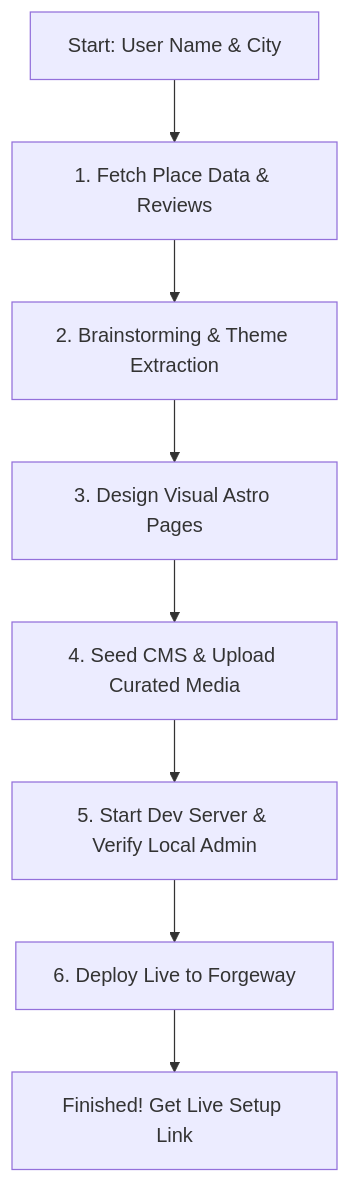
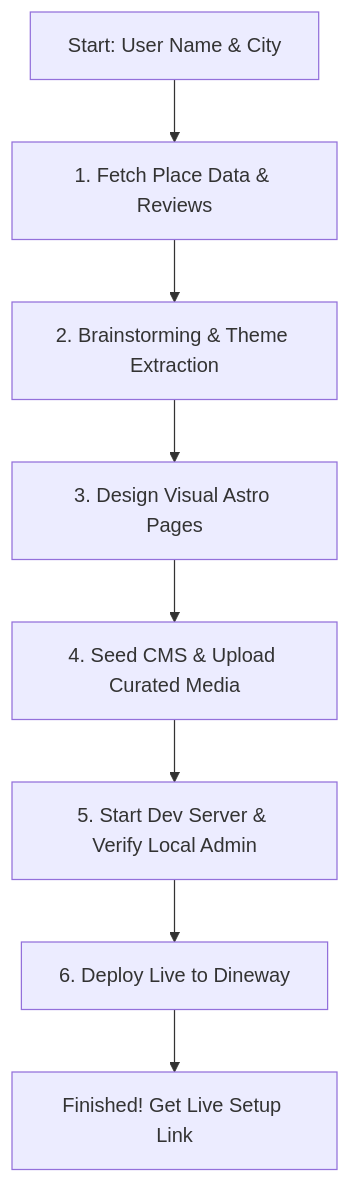
Before and after one commit to dineway/dineway-skills: the diagram in README.md, drawn with Mermaid. The commit also changed other lines of this file, not shown here.

Commit message:
docs: rename Forgeway to Dineway in deployment documentation and commands

````diff
--- a/README.md
+++ b/README.md
@@ -50,10 +50,10 @@
 ```mermaid
 graph TD
     A[Start: User Name & City] --> B[1. Fetch Place Data & Reviews]
     B --> C[2. Brainstorming & Theme Extraction]
     C --> D[3. Design Visual Astro Pages]
     D --> E[4. Seed CMS & Upload Curated Media]
     E --> F[5. Start Dev Server & Verify Local Admin]
-    F --> G[6. Deploy Live to Forgeway]
+    F --> G[6. Deploy Live to Dineway]
     G --> H[Finished! Get Live Setup Link]
 ```
````
